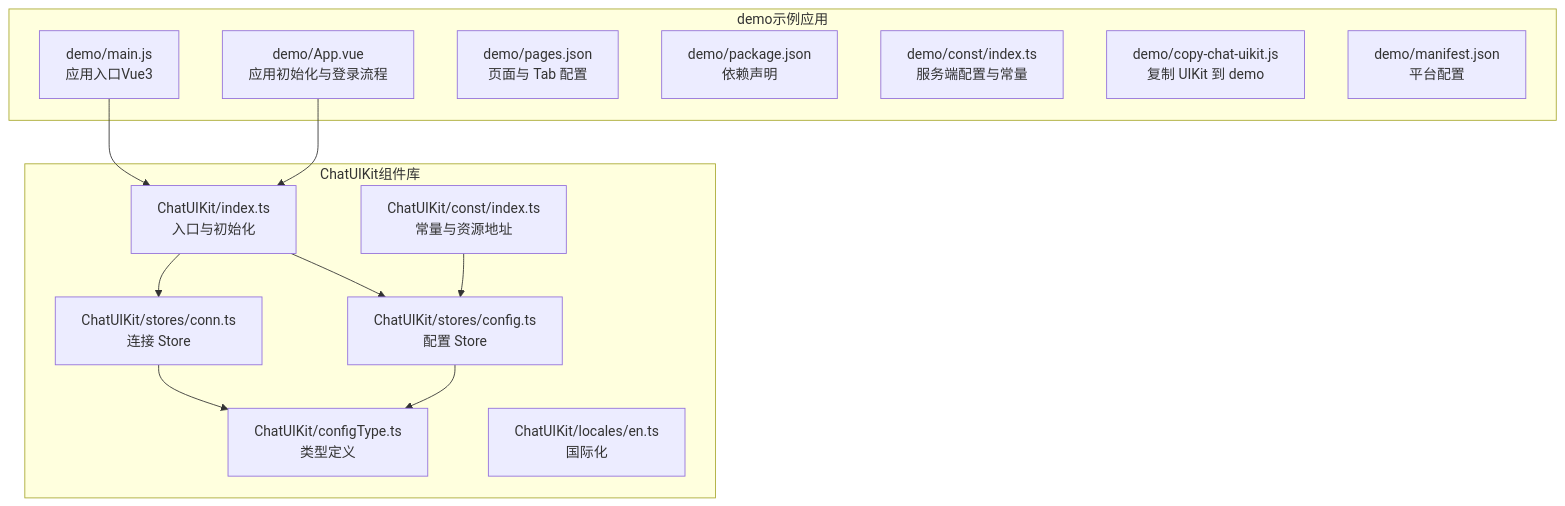
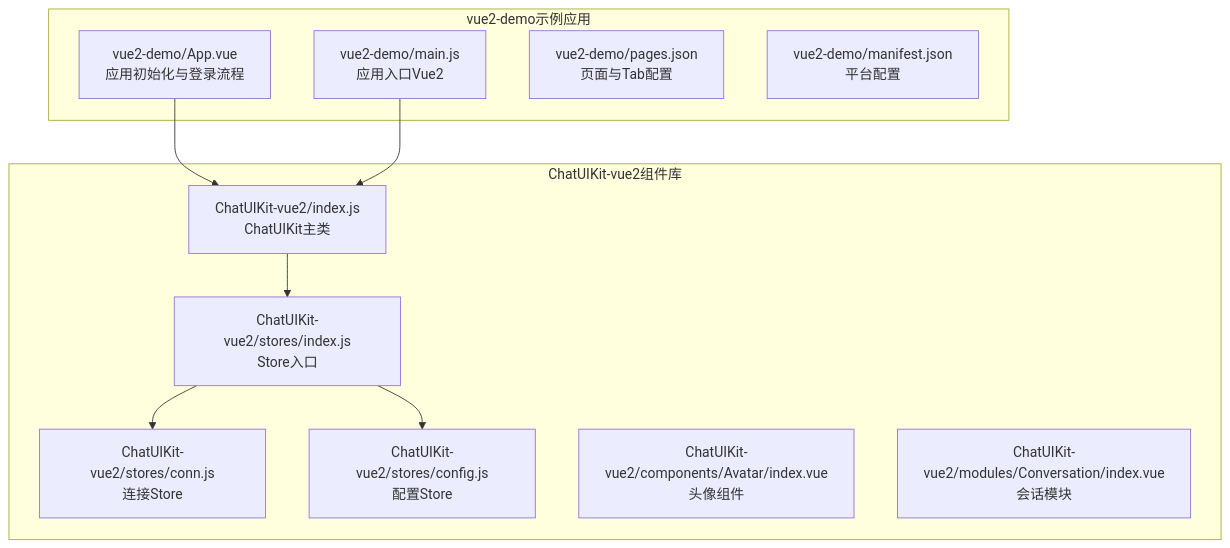
Before and after one commit to Easemob-Community/easemob-uikit-uniapp-community: the second of 3 diagrams in .qoder/repowiki/zh/content/快速开始.md, drawn with Mermaid. The commit also changed other lines of this file and 14 other files, not shown here.

First line of the commit message:
docs(vue2): 添加平台兼容性说明，强调仅支持 H5/App/微信小程序

````diff
--- a/.qoder/repowiki/zh/content/快速开始.md
+++ b/.qoder/repowiki/zh/content/快速开始.md
@@ -49,27 +94,22 @@
 ```mermaid
 graph TB
-subgraph "ChatUIKit组件库"
-A_index_ts["ChatUIKit/index.ts<br/>入口与初始化"]
-A_config_ts["ChatUIKit/configType.ts<br/>类型定义"]
-A_stores_config_ts["ChatUIKit/stores/config.ts<br/>配置 Store"]
-A_stores_conn_ts["ChatUIKit/stores/conn.ts<br/>连接 Store"]
-A_const_index_ts["ChatUIKit/const/index.ts<br/>常量与资源地址"]
-A_locales_en_ts["ChatUIKit/locales/en.ts<br/>国际化"]
+subgraph "ChatUIKit-vue2组件库"
+A_index_js["ChatUIKit-vue2/index.js<br/>ChatUIKit主类"]
+A_stores_index_js["ChatUIKit-vue2/stores/index.js<br/>Store入口"]
+A_stores_conn_js["ChatUIKit-vue2/stores/conn.js<br/>连接Store"]
+A_stores_config_js["ChatUIKit-vue2/stores/config.js<br/>配置Store"]
+A_components_avatar_vue["ChatUIKit-vue2/components/Avatar/index.vue<br/>头像组件"]
+A_modules_conversation_vue["ChatUIKit-vue2/modules/Conversation/index.vue<br/>会话模块"]
 end
-subgraph "demo示例应用"
-D_main_js["demo/main.js<br/>应用入口Vue3"]
-D_App_vue["demo/App.vue<br/>应用初始化与登录流程"]
-D_pages_json["demo/pages.json<br/>页面与 Tab 配置"]
-D_package_json["demo/package.json<br/>依赖声明"]
-D_const_index_ts["demo/const/index.ts<br/>服务端配置与常量"]
-D_copy_uikit_js["demo/copy-chat-uikit.js<br/>复制 UIKit 到 demo"]
-D_manifest_json["demo/manifest.json<br/>平台配置"]
+subgraph "vue2-demo示例应用"
+D_main_js["vue2-demo/main.js<br/>应用入口Vue2"]
+D_App_vue["vue2-demo/App.vue<br/>应用初始化与登录流程"]
+D_pages_json["vue2-demo/pages.json<br/>页面与Tab配置"]
+D_manifest_json["vue2-demo/manifest.json<br/>平台配置"]
 end
-D_App_vue --> A_index_ts
-D_main_js --> A_index_ts
-A_index_ts --> A_stores_config_ts
-A_index_ts --> A_stores_conn_ts
-A_stores_config_ts --> A_config_ts
-A_stores_conn_ts --> A_config_ts
-A_const_index_ts --> A_stores_config_ts
+D_App_vue --> A_index_js
+D_main_js --> A_index_js
+A_index_js --> A_stores_index_js
+A_stores_index_js --> A_stores_conn_js
+A_stores_index_js --> A_stores_config_js
 ```
````
